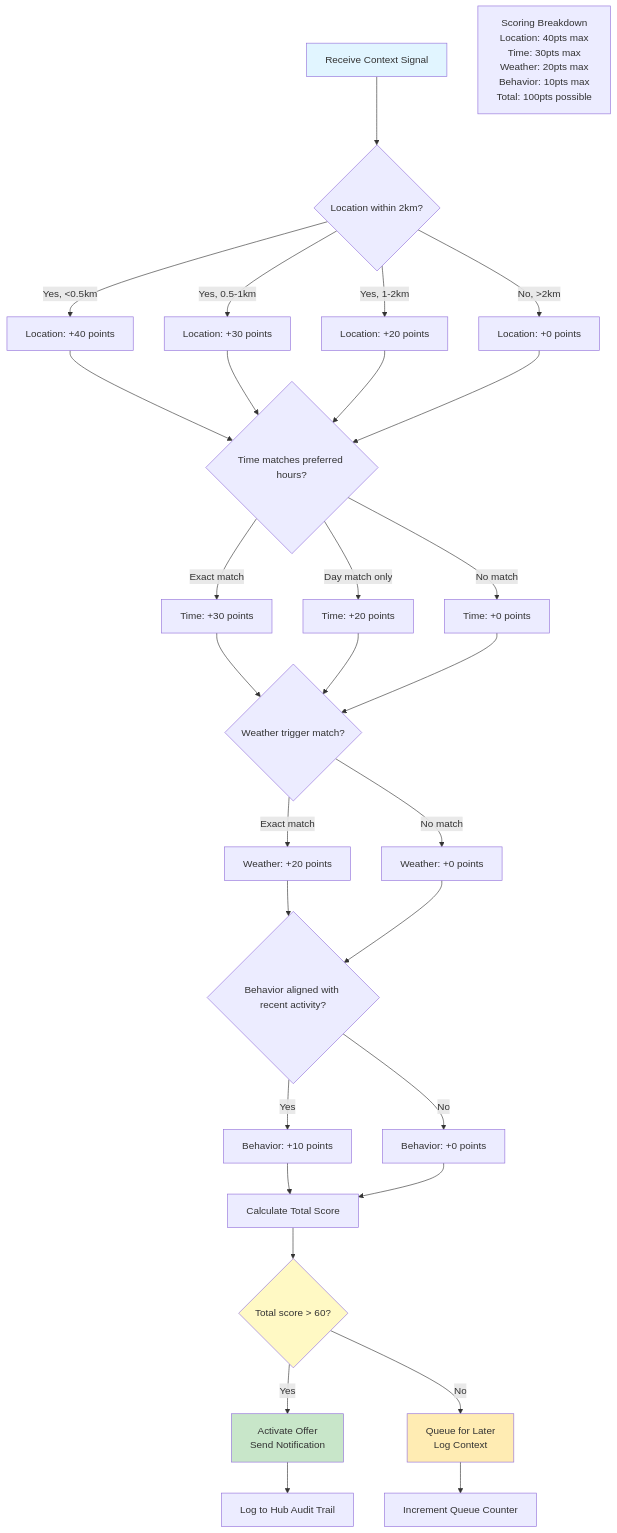
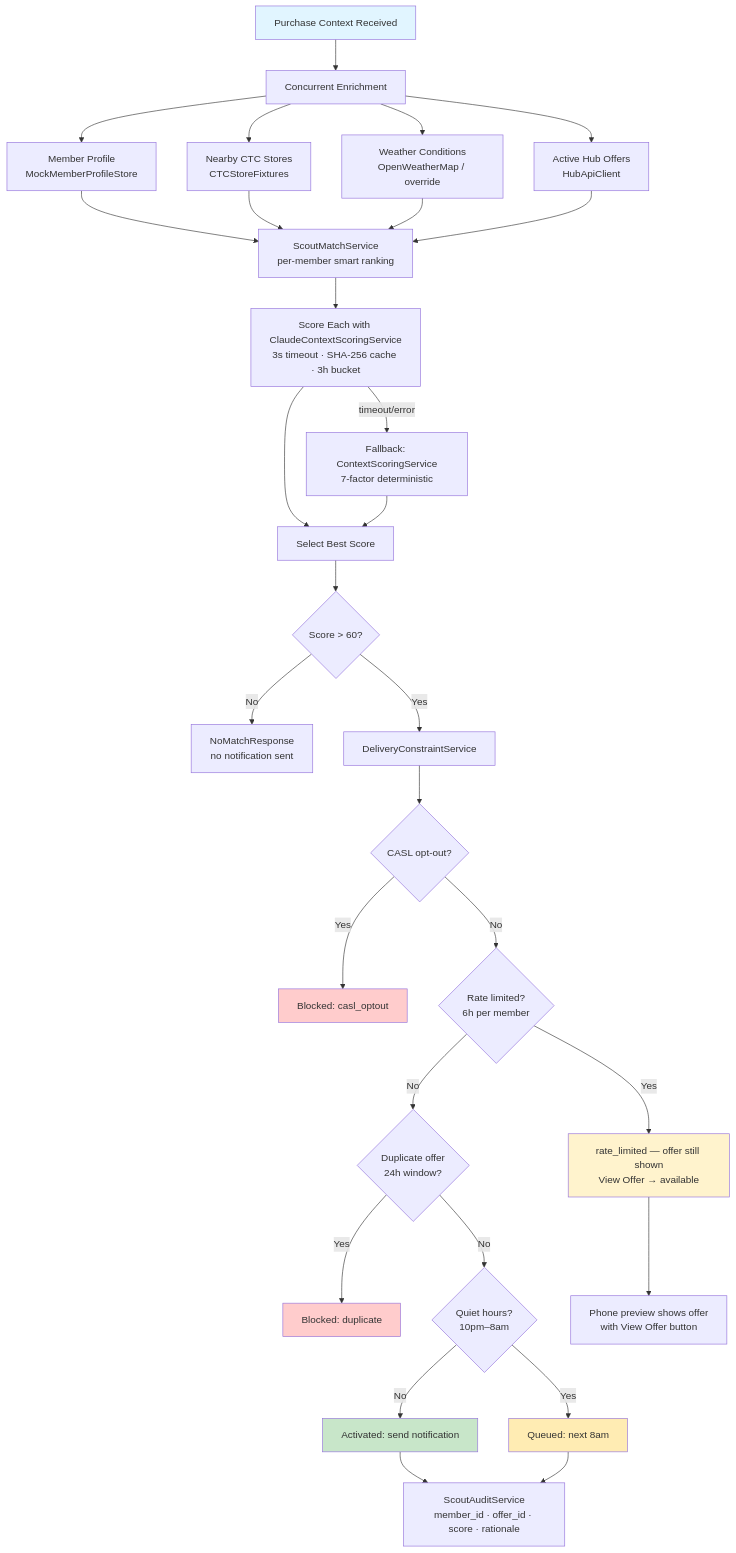
One commit to kartikey423/tristar changed the eighth of 11 diagrams in docs/ARCHITECTURE.md. Above: the diagram before and after it, drawn with Mermaid. The commit also changed other lines of this file, not shown here.

Commit message:
docs: regenerate ARCHITECTURE.md v3.0 with phone preview flow, customer-accept, partner intelligence

````diff
--- a/docs/ARCHITECTURE.md
+++ b/docs/ARCHITECTURE.md
@@ -258,49 +450,43 @@
 ```mermaid
 flowchart TD
-    A[Receive Context Signal] --> B{Location within 2km?}
+    A[Purchase Context Received] --> B[Concurrent Enrichment]
+    B --> B1[Member Profile\nMockMemberProfileStore]
+    B --> B2[Nearby CTC Stores\nCTCStoreFixtures]
+    B --> B3[Weather Conditions\nOpenWeatherMap / override]
+    B --> B4[Active Hub Offers\nHubApiClient]
 
-    B -->|Yes, <0.5km| C[Location: +40 points]
-    B -->|Yes, 0.5-1km| D[Location: +30 points]
-    B -->|Yes, 1-2km| E[Location: +20 points]
-    B -->|No, >2km| F[Location: +0 points]
+    B1 --> C[ScoutMatchService\nper-member smart ranking]
+    B2 --> C
+    B3 --> C
+    B4 --> C
 
-    C --> G{Time matches preferred hours?}
-    D --> G
-    E --> G
-    F --> G
+    C --> D[Score Each with ClaudeContextScoringService\n3s timeout · SHA-256 cache · 3h bucket]
+    D -->|timeout/error| E[Fallback: ContextScoringService\n7-factor deterministic]
+    D --> F[Select Best Score]
+    E --> F
 
-    G -->|Exact match| H[Time: +30 points]
-    G -->|Day match only| I[Time: +20 points]
-    G -->|No match| J[Time: +0 points]
+    F --> G{Score > 60?}
+    G -->|No| H[NoMatchResponse\nno notification sent]
+    G -->|Yes| I[DeliveryConstraintService]
 
-    H --> K{Weather trigger match?}
-    I --> K
-    J --> K
+    I --> J{CASL opt-out?}
+    J -->|Yes| K[Blocked: casl_optout]
+    J -->|No| L{Rate limited?\n6h per member}
+    L -->|Yes| M[rate_limited — offer still shown\nView Offer → available]
+    L -->|No| N{Duplicate offer\n24h window?}
+    N -->|Yes| O[Blocked: duplicate]
+    N -->|No| P{Quiet hours?\n10pm–8am}
+    P -->|Yes| Q[Queued: next 8am]
+    P -->|No| R[Activated: send notification]
 
-    K -->|Exact match| L[Weather: +20 points]
-    K -->|No match| M[Weather: +0 points]
-
-    L --> N{Behavior aligned with recent activity?}
-    M --> N
-
-    N -->|Yes| O[Behavior: +10 points]
-    N -->|No| P[Behavior: +0 points]
-
-    O --> Q[Calculate Total Score]
-    P --> Q
-
-    Q --> R{Total score > 60?}
-
-    R -->|Yes| S[Activate Offer<br/>Send Notification]
-    R -->|No| T[Queue for Later<br/>Log Context]
-
-    S --> U[Log to Hub Audit Trail]
-    T --> V[Increment Queue Counter]
+    R --> S[ScoutAuditService\nmember_id · offer_id · score · rationale]
+    Q --> S
+    M --> T[Phone preview shows offer\nwith View Offer button]
 
     style A fill:#e1f5ff
-    style S fill:#c8e6c9
-    style T fill:#ffecb3
-    style R fill:#fff9c4
-
-    note1[Scoring Breakdown<br/>Location: 40pts max<br/>Time: 30pts max<br/>Weather: 20pts max<br/>Behavior: 10pts max<br/>Total: 100pts possible]
+    style R fill:#c8e6c9
+    style Q fill:#ffecb3
+    style K fill:#ffcccc
+    style M fill:#fff3cd
+    style O fill:#ffcccc
 ```
````
